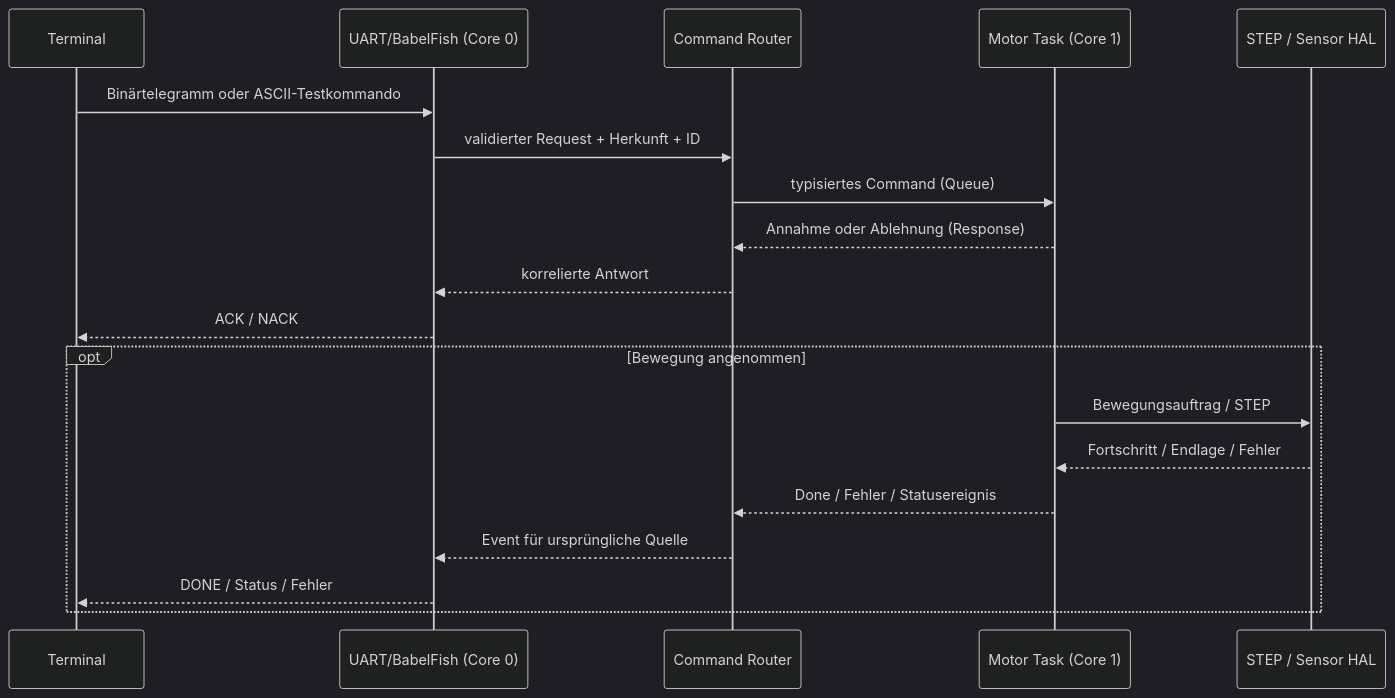
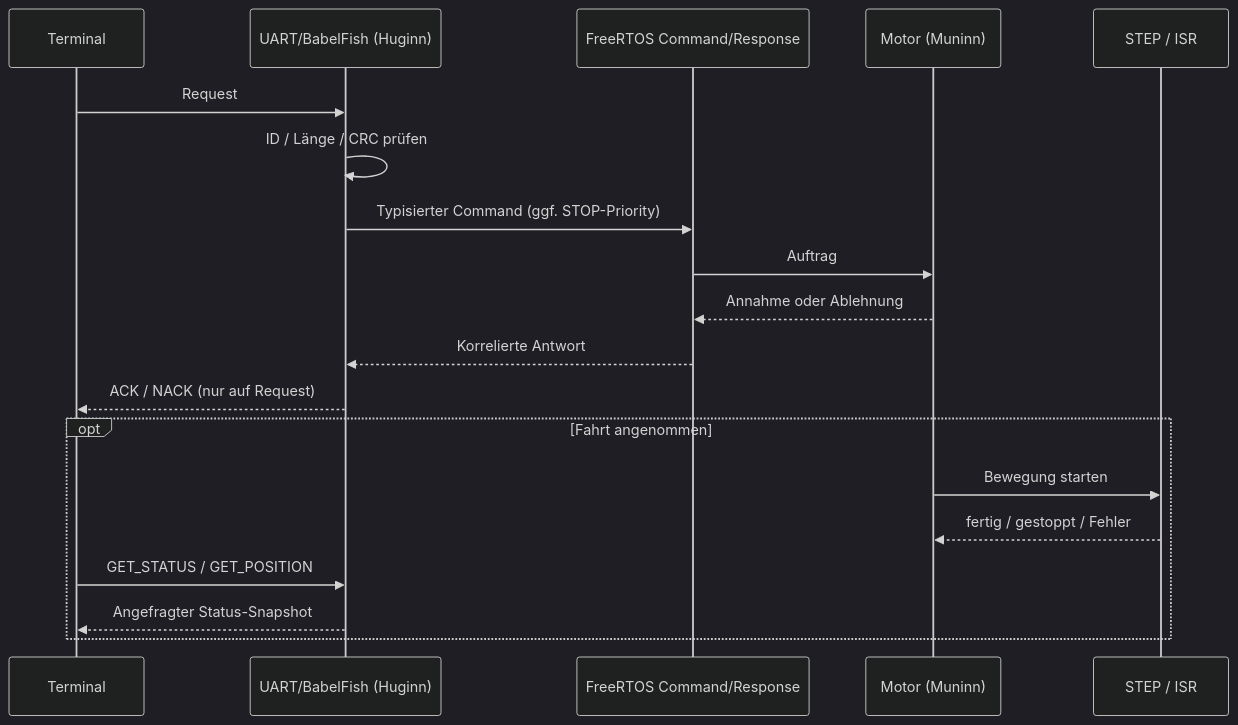
One commit to ErikaB-sys/Fiddle_yard_UVB changed the third of 3 diagrams in FY_ESP32_Bringup/docs/SYSTEM_ARCHITECTURE.md. Above: the diagram before and after it, drawn with Mermaid (dark theme). The commit also changed other lines of this file and 43 other files, not shown here.

````diff
--- a/FY_ESP32_Bringup/docs/SYSTEM_ARCHITECTURE.md
+++ b/FY_ESP32_Bringup/docs/SYSTEM_ARCHITECTURE.md
@@ -91,21 +91,21 @@
 ```mermaid
 sequenceDiagram
     participant PC as Terminal
-    participant UART as UART/BabelFish (Core 0)
-    participant Router as Command Router
-    participant Motor as Motor Task (Core 1)
-    participant HAL as STEP / Sensor HAL
-    PC->>UART: Binärtelegramm oder ASCII-Testkommando
-    UART->>Router: validierter Request + Herkunft + ID
-    Router->>Motor: typisiertes Command (Queue)
-    Motor-->>Router: Annahme oder Ablehnung (Response)
-    Router-->>UART: korrelierte Antwort
-    UART-->>PC: ACK / NACK
-    opt Bewegung angenommen
-        Motor->>HAL: Bewegungsauftrag / STEP
-        HAL-->>Motor: Fortschritt / Endlage / Fehler
-        Motor-->>Router: Done / Fehler / Statusereignis
-        Router-->>UART: Event für ursprüngliche Quelle
-        UART-->>PC: DONE / Status / Fehler
+    participant UART as UART/BabelFish (Huginn)
+    participant Q as FreeRTOS Command/Response
+    participant M as Motor (Muninn)
+    participant STEP as STEP / ISR
+    PC->>UART: Request
+    UART->>UART: ID / Länge / CRC prüfen
+    UART->>Q: Typisierter Command (ggf. STOP-Priority)
+    Q->>M: Auftrag
+    M-->>Q: Annahme oder Ablehnung
+    Q-->>UART: Korrelierte Antwort
+    UART-->>PC: ACK / NACK (nur auf Request)
+    opt Fahrt angenommen
+        M->>STEP: Bewegung starten
+        STEP-->>M: fertig / gestoppt / Fehler
+        PC->>UART: GET_STATUS / GET_POSITION
+        UART-->>PC: Angefragter Status-Snapshot
     end
 ```
````
